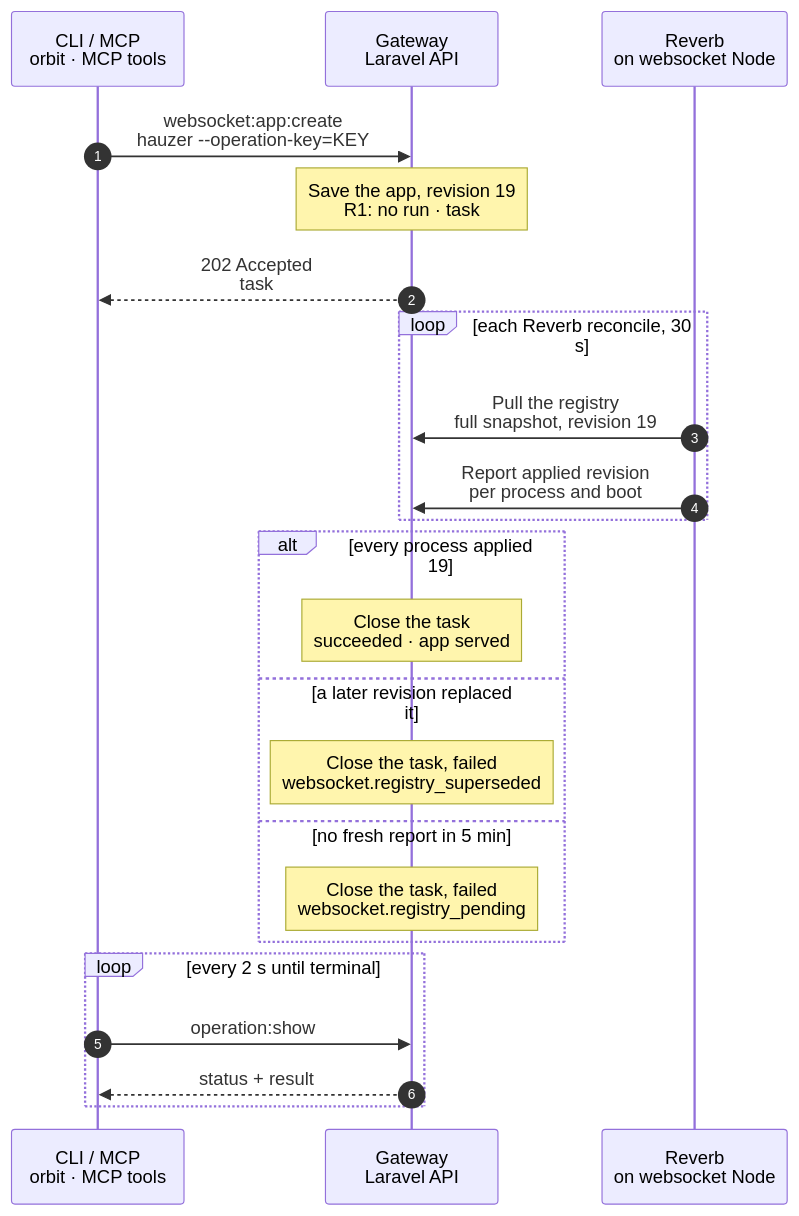
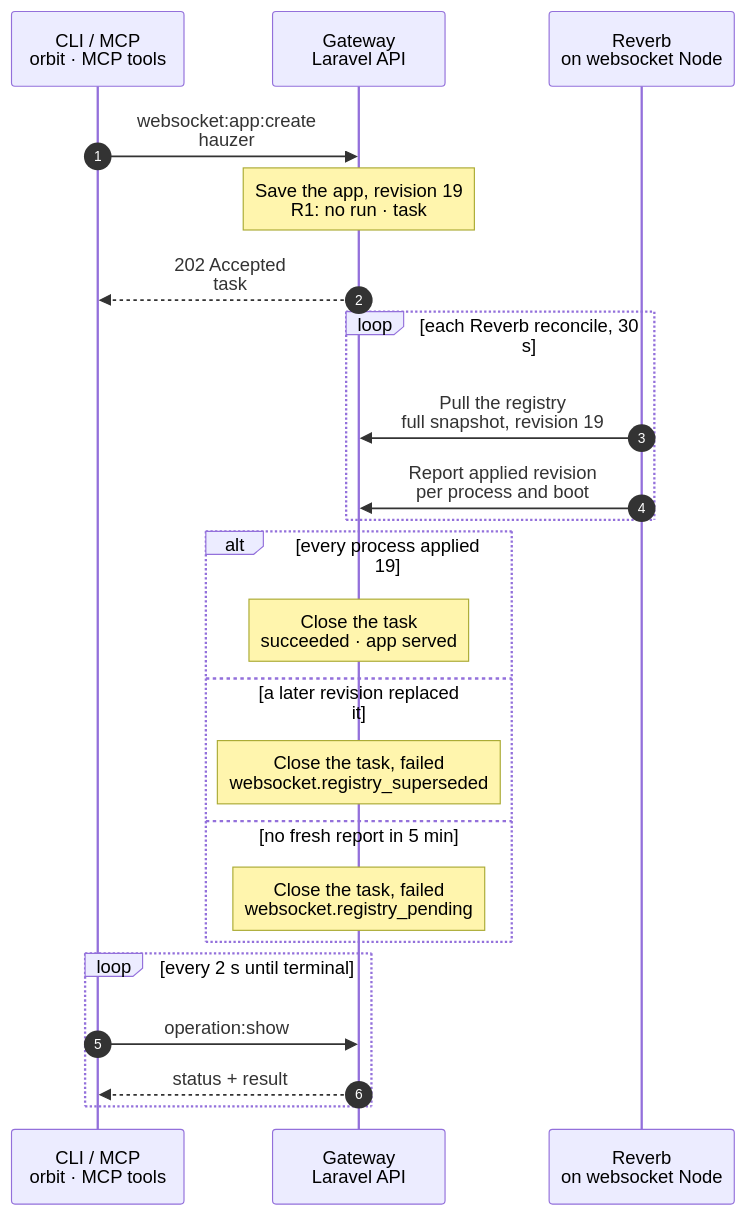
Before and after one commit to hardimpactdev/orbit: the diagram in docs/cli/websocket/app-create.mmd, drawn with Mermaid. The commit also changed 9 other files, not shown here.

Commit message:
docs(tool,vault,websocket): draw required parameters on the main path (flow rule 23)

```diff
--- a/docs/cli/websocket/app-create.mmd
+++ b/docs/cli/websocket/app-create.mmd
@@ -1,79 +1,79 @@
 sequenceDiagram
   %% Target design: ADR 0244 task; DECISIONS R1 + round 2 websocket.sync (no Swamp run, the Gateway closes the task from Reverb's own reports). docs/reference/websocket-apps.md.
   %% status: migrated
   %% command: websocket:app:create
   %% kind: websocket.app_create
   autonumber
   %% lane CLI icon=terminal pill=caller tone=gray
   %% lane GW icon=gateway pill=intent tone=blue
   %% lane N icon=server pill=target tone=amber
   participant CLI as CLI / MCP<br/>orbit · MCP tools
   participant GW as Gateway<br/>Laravel API
   participant N as Reverb<br/>on websocket Node
-  CLI->>GW: websocket:app:create<br/>hauzer --operation-key=KEY
+  CLI->>GW: websocket:app:create<br/>hauzer
   %%> Command:
   %%> - `orbit websocket:app:create hauzer`
   %%> - syntax: `<name> [--operation-key=KEY] [--json]`
   %%> Input:
   %%> - the app name: a lowercase kebab slug of at most 63 characters
   %%> - optionally an operation key, to retry the same request after a lost response
   %%> Who can call it:
   %%> - the `orbit` CLI and the MCP tool send the same request
   Note over GW: Save the app, revision 19<br/>R1: no run · task #5150
   %%> Requirements:
   %%> - a Node has the `websocket` role
   %%> - the name is free and is not `gateway`; otherwise `validation.failed`
   %%> What it does:
   %%> - generates the app ID, key and secret; the secret is stored encrypted and never returned
   %%> - saves the app and a new registry revision 19 in one transaction
   %%> - records task #5150, which waits for revision 19
   %%> Why no Swamp run:
   %%> - nothing has to be done on a Node; Reverb pulls the registry itself (R1)
   %%> Result:
   %%> - the app exists in the Gateway; Reverb does not serve it yet
   GW-->>CLI: 202 Accepted<br/>task #5150 · app ID, key
   %%> What you get:
   %%> - the task number, the app ID and the key, at once; never the secret
   %%> Next:
   %%> - the CLI follows the task with `operation:show`
   loop each Reverb reconcile, 30 s
     N->>GW: Pull the registry<br/>full snapshot, revision 19
     %%> What it does:
     %%> - every Reverb process fetches the full registry snapshot on its own 30-second reconcile
     %%> - it adds the app without a restart; existing connections stay open
     %%> Not included:
     %%> - no Swamp step, no SSH and no Reverb restart
     N->>GW: Report applied revision<br/>per process and boot
     %%> What it does:
     %%> - each process reports the revision it applied, with its boot identity
     %%> Why:
     %%> - a report from an old boot cannot confirm a replacement process
   end
   alt every process applied 19
     Note over GW: Close the task<br/>succeeded · app served
     %%> Result:
     %%> - every serving Reverb process has loaded the app
     %%> - task #5150 succeeds
   else a later revision replaced it
     Note over GW: Close the task, failed<br/>websocket.registry_superseded
     %%> When:
     %%> - the app was destroyed or changed before every process applied revision 19
     %%> Result:
     %%> - task #5150 fails; the registry keeps its latest state
   else no fresh report in 5 min
     Note over GW: Close the task, failed<br/>websocket.registry_pending
     %%> When:
     %%> - a serving process is stale, missing or keeps failing to load the revision
     %%> Result:
     %%> - task #5150 fails; the saved app stays, and Reverb loads it when it recovers
     %%> Retry:
     %%> - run `websocket:sync` after the fix; it waits for the current revision
   end
   loop every 2 s until terminal
     CLI->>GW: operation:show #5150
     %%> What it does:
     %%> - asks for the task's status every 2 seconds until it has ended
     GW-->>CLI: status + result
     %%> Returns:
     %%> - the current status, and the result once the task has ended
   end
```
